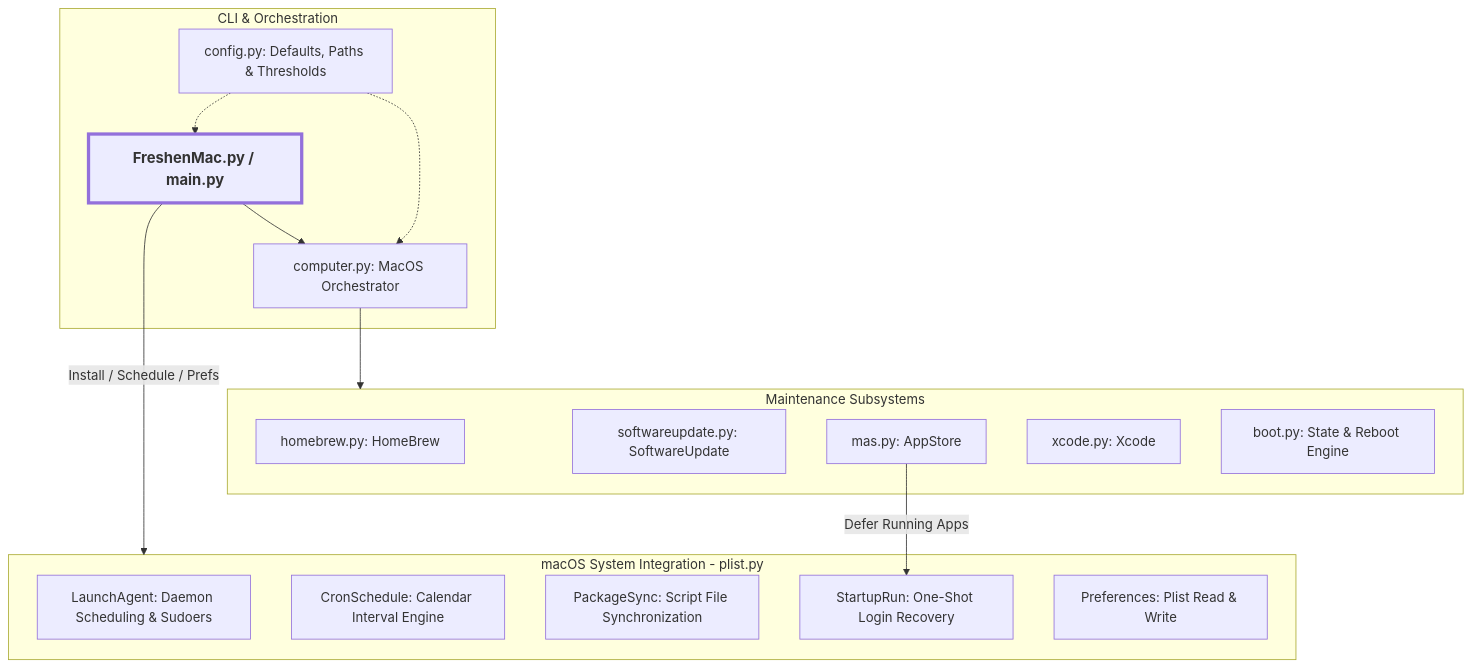
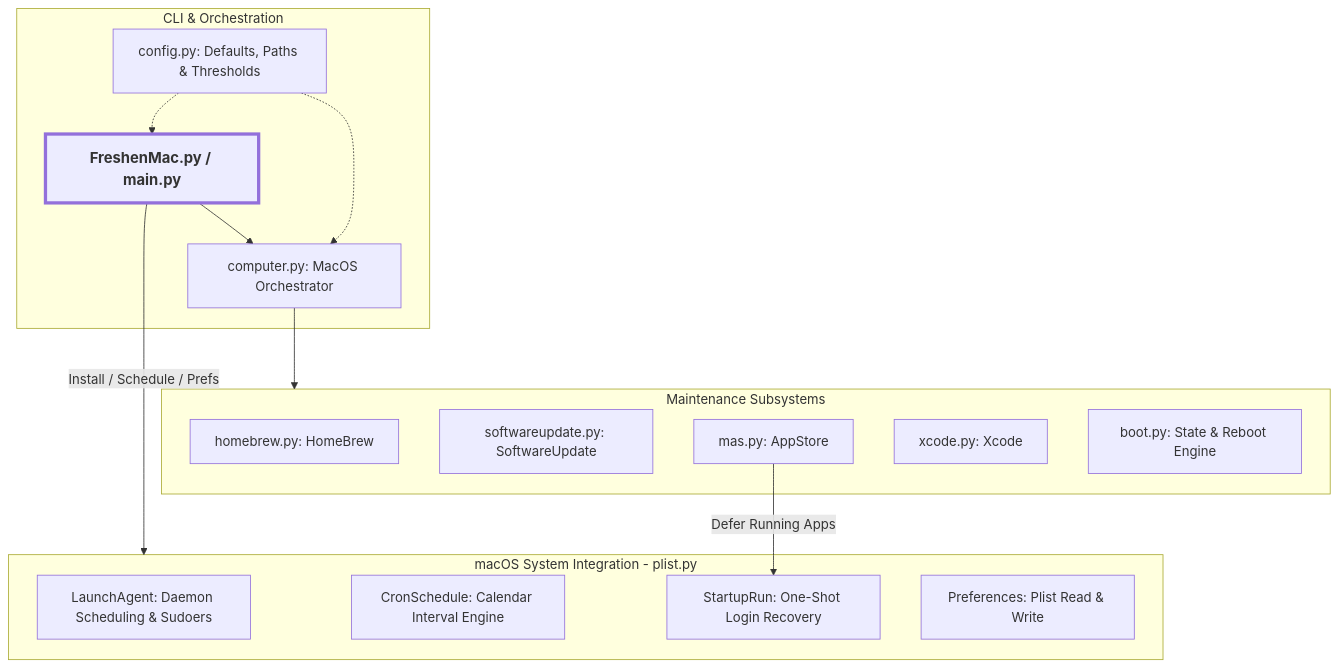
The diagram in README.md (Panther37/FreshenMac), drawn with Mermaid before and after one commit. The commit also changed other lines of this file and 25 other files, not shown here.

````diff
--- a/README.md
+++ b/README.md
@@ -201,32 +221,31 @@
 ```mermaid
 flowchart TD
     subgraph Core["CLI & Orchestration"]
         CLI["FreshenMac.py / main.py"]
         Host["computer.py: MacOS Orchestrator"]
         Config["config.py: Defaults, Paths & Thresholds"]
         CLI --> Host
         Config -.-> CLI
         Config -.-> Host
     end
 
     subgraph SystemInt["macOS System Integration - plist.py"]
         LaunchAgent["LaunchAgent: Daemon Scheduling & Sudoers"]
         CronSched["CronSchedule: Calendar Interval Engine"]
-        PkgSync["PackageSync: Script File Synchronization"]
         StartupRun["StartupRun: One-Shot Login Recovery"]
         Prefs["Preferences: Plist Read & Write"]
     end
 
     subgraph Engines["Maintenance Subsystems"]
         Brew["homebrew.py: HomeBrew"]
         SWU["softwareupdate.py: SoftwareUpdate"]
         MAS["mas.py: AppStore"]
         XC["xcode.py: Xcode"]
         Boot["boot.py: State & Reboot Engine"]
     end
 
     CLI -->|" Install / Schedule / Prefs "| SystemInt
     Host --> Engines
     MAS -->|" Defer Running Apps "| StartupRun
     style CLI font-weight: bold, font-size: 18px, stroke-width: 4px
 ```
````
